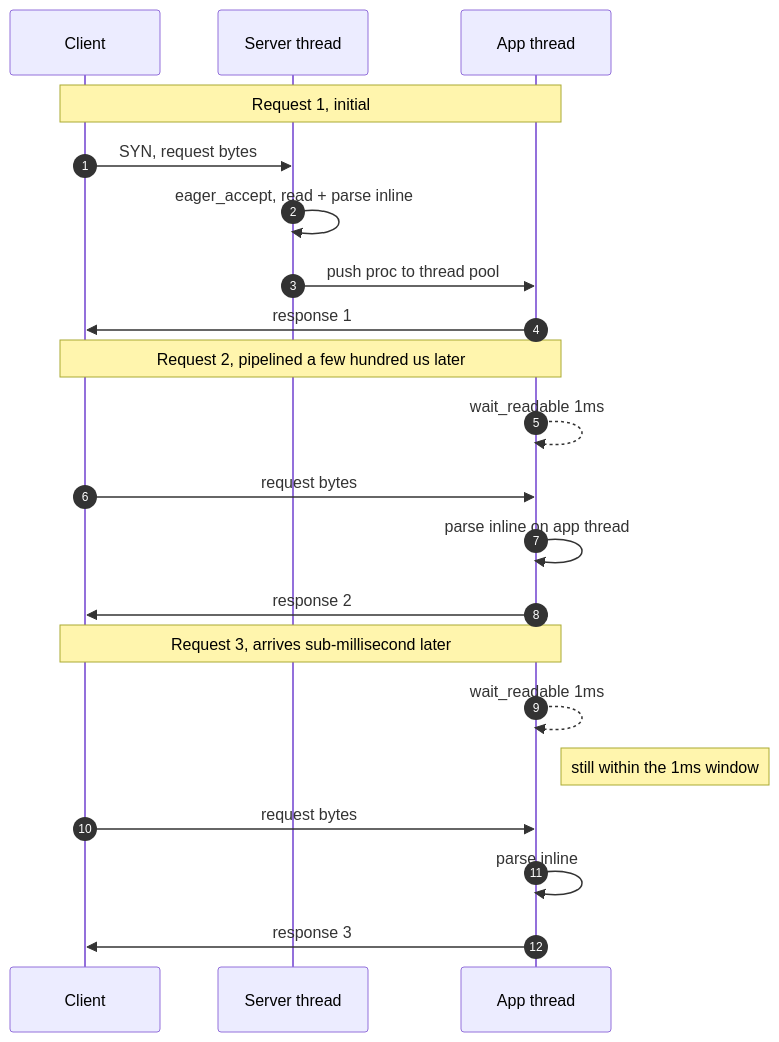
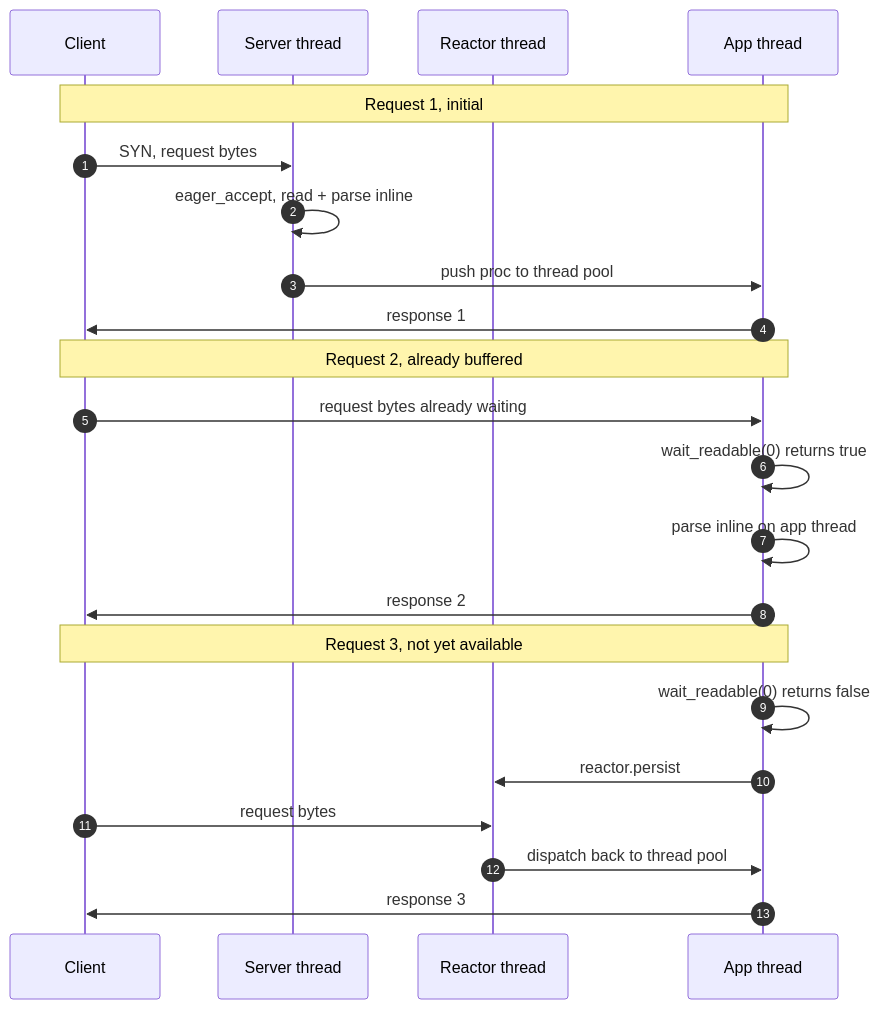
Before and after one commit to joshuay03/raptor: the fourth of 4 diagrams in docs/raptor-vs-puma.md, drawn with Mermaid. The commit also changed other lines of this file and 5 other files, not shown here.

Commit message:
Return idle HTTP/1.1 keep-alive connections to the reactor without waiting

````diff
--- a/docs/raptor-vs-puma.md
+++ b/docs/raptor-vs-puma.md
@@ -549,26 +547,27 @@
 ```mermaid
 sequenceDiagram
     autonumber
     participant Client
     participant RS as Server thread
+    participant RR as Reactor thread
     participant RP as App thread
 
     Note over Client,RP: Request 1, initial
     Client->>RS: SYN, request bytes
     RS->>RS: eager_accept, read + parse inline
     RS->>RP: push proc to thread pool
     RP->>Client: response 1
 
-    Note over Client,RP: Request 2, pipelined a few hundred us later
-    RP-->>RP: wait_readable 1ms
-    Client->>RP: request bytes
+    Note over Client,RP: Request 2, already buffered
+    Client->>RP: request bytes already waiting
+    RP->>RP: wait_readable(0) returns true
     RP->>RP: parse inline on app thread
     RP->>Client: response 2
 
-    Note over Client,RP: Request 3, arrives sub-millisecond later
-    RP-->>RP: wait_readable 1ms
-    Note right of RP: still within the 1ms window
-    Client->>RP: request bytes
-    RP->>RP: parse inline
+    Note over Client,RP: Request 3, not yet available
+    RP->>RP: wait_readable(0) returns false
+    RP->>RR: reactor.persist
+    Client->>RR: request bytes
+    RR->>RP: dispatch back to thread pool
     RP->>Client: response 3
 ```
````
